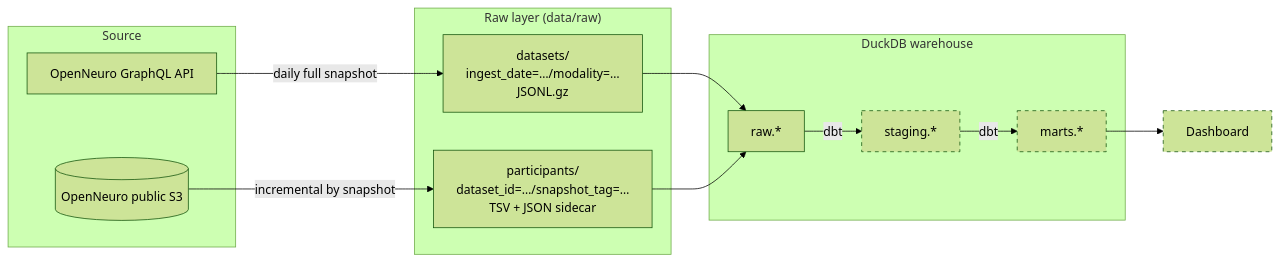
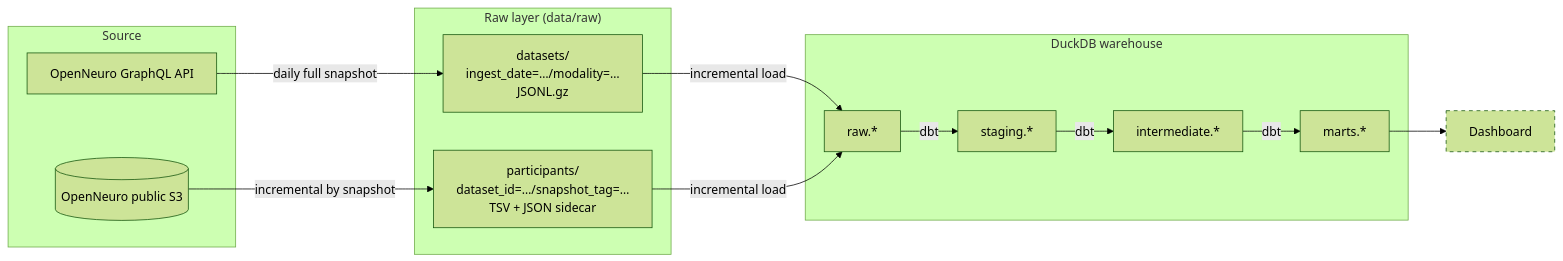
The diagram in README.md (AminMiri2000/openneuro-data-pipeline), drawn with Mermaid (forest theme) before and after one commit. The commit also changed other lines of this file and 3 other files, not shown here.

````diff
--- a/README.md
+++ b/README.md
@@ -16,24 +17,25 @@
 ```mermaid
 flowchart LR
     subgraph Source
         GQL[OpenNeuro GraphQL API]
         S3[(OpenNeuro public S3)]
     end
     subgraph Raw["Raw layer (data/raw)"]
         DS[datasets/<br/>ingest_date=…/modality=…<br/>JSONL.gz]
         PT[participants/<br/>dataset_id=…/snapshot_tag=…<br/>TSV + JSON sidecar]
     end
     subgraph WH["DuckDB warehouse"]
         RAW[raw.*]
         STG[staging.*]
+        INT[intermediate.*]
         MART[marts.*]
     end
     GQL -- daily full snapshot --> DS
     S3 -- incremental by snapshot --> PT
-    DS --> RAW
-    PT --> RAW
-    RAW -- dbt --> STG -- dbt --> MART
+    DS -- incremental load --> RAW
+    PT -- incremental load --> RAW
+    RAW -- dbt --> STG -- dbt --> INT -- dbt --> MART
     MART --> DASH[Dashboard]
     classDef todo stroke-dasharray: 5 5
-    class STG,MART,DASH todo
+    class DASH todo
 ```
````
